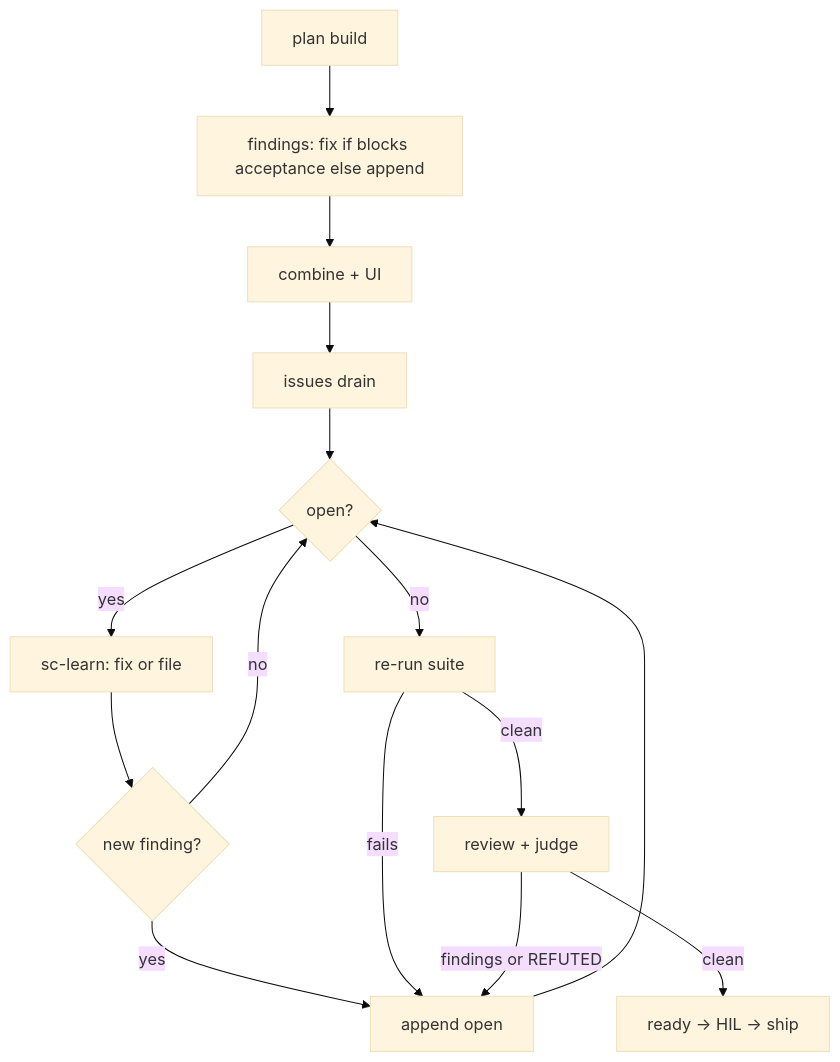
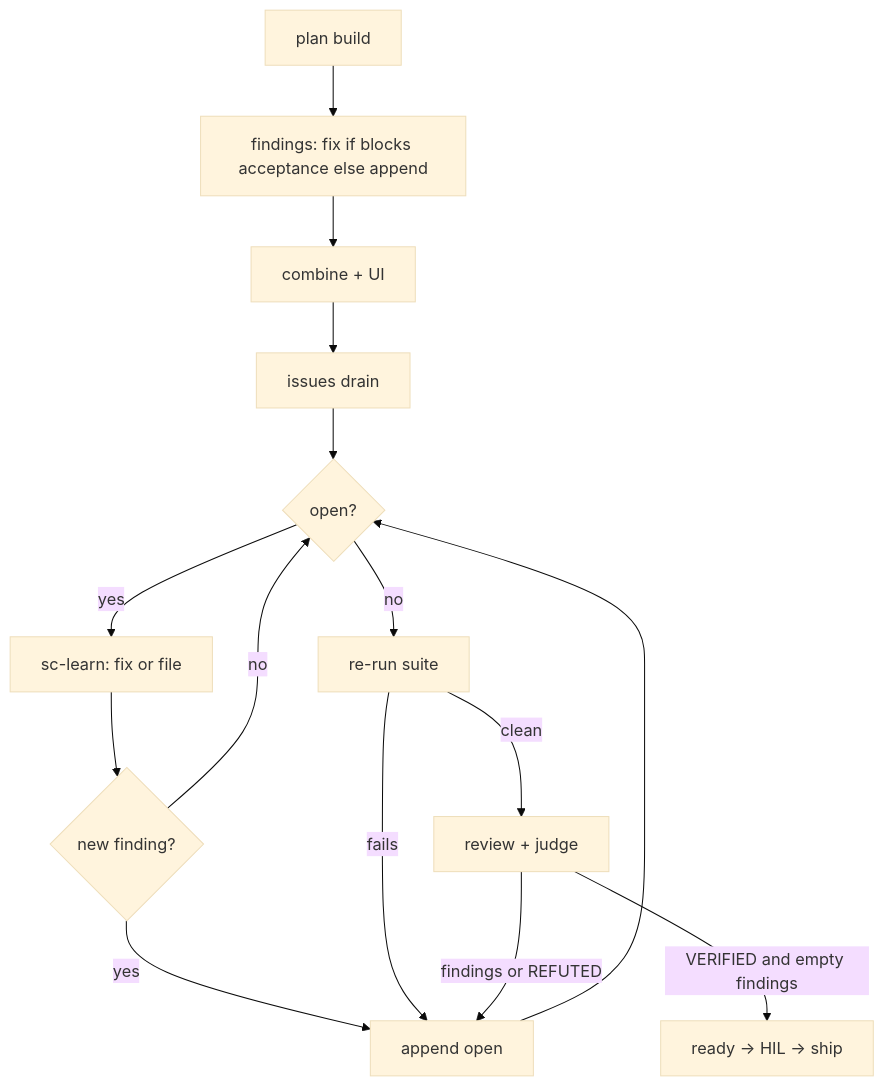
The diagram in .cursor/skills/sc-run/SKILL.md (xiivthx/spacecraft), drawn with Mermaid (base theme) before and after one commit. The commit also changed other lines of this file and 9 other files, not shown here.

````diff
--- a/.cursor/skills/sc-run/SKILL.md
+++ b/.cursor/skills/sc-run/SKILL.md
@@ -94,17 +94,17 @@
 ```mermaid
 flowchart TD
   A["plan build"] --> B["findings: fix if blocks acceptance else append"]
   B --> C["combine + UI"]
   C --> D["issues drain"]
   D --> E{"open?"}
   E -->|yes| F["sc-learn: fix or file"]
   F --> G{"new finding?"}
   G -->|yes| H["append open"]
   H --> E
   G -->|no| E
   E -->|no| I["re-run suite"]
   I -->|fails| H
   I -->|clean| J["review + judge"]
   J -->|findings or REFUTED| H
-  J -->|clean| K["ready → HIL → ship"]
+  J -->|VERIFIED and empty findings| K["ready → HIL → ship"]
 ```
````
